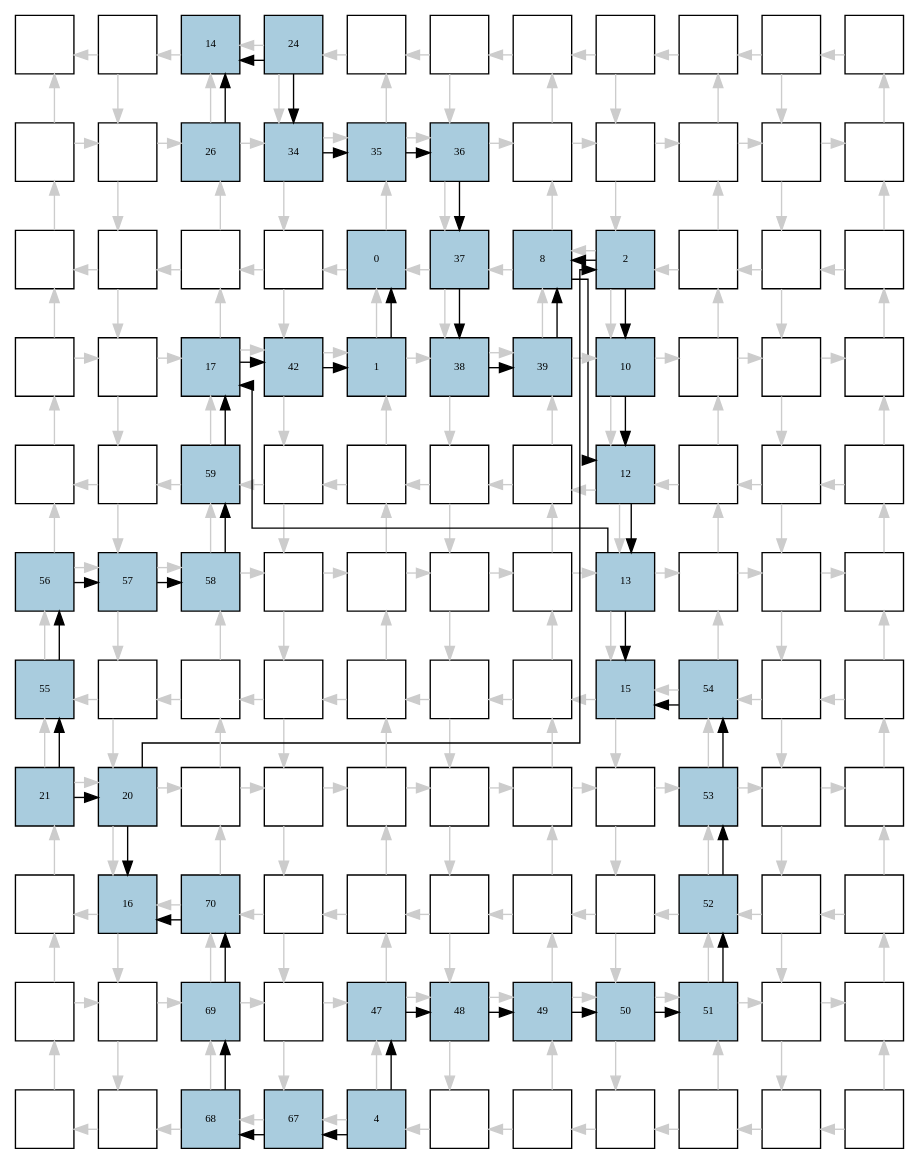
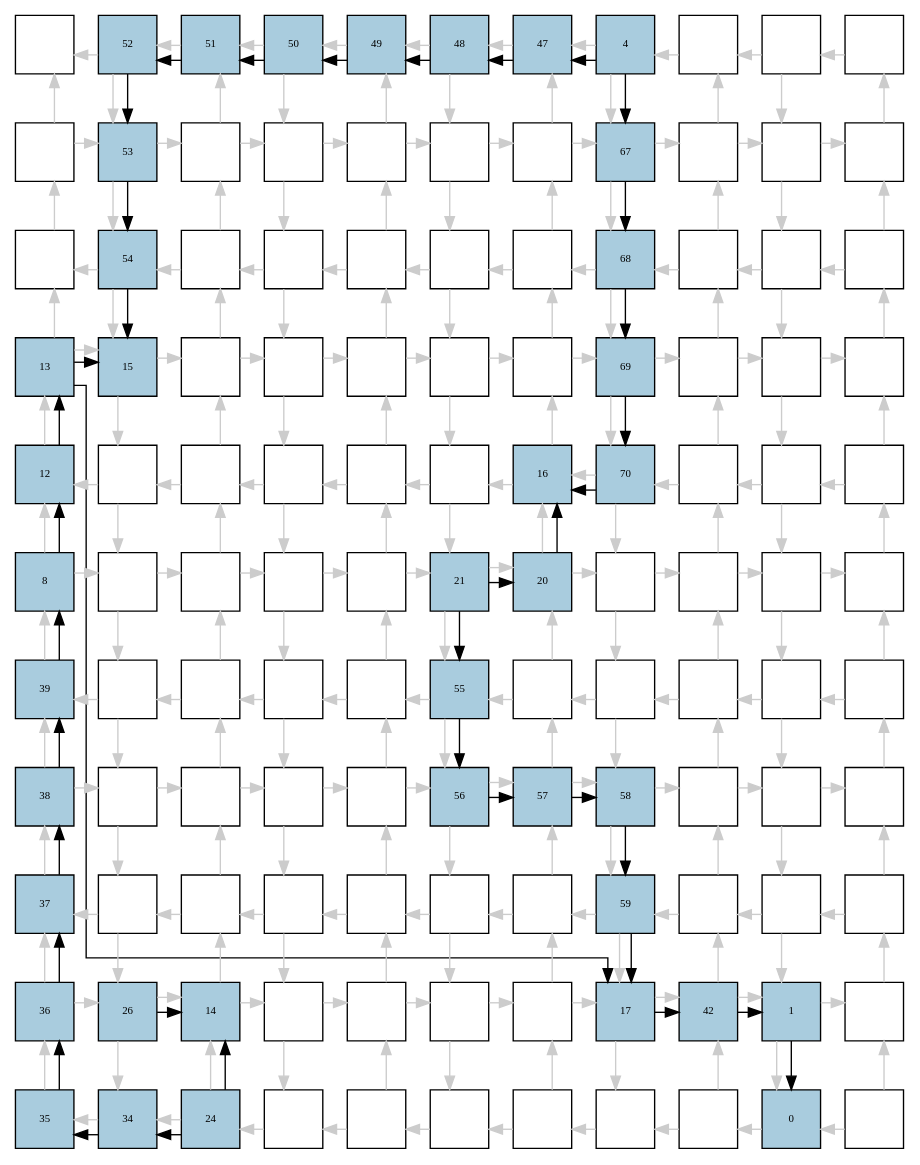
The diagram in reports/qca/yott/dot/1bitAdderMaj_inverted_0.dot (jeronimopenha/PeR), drawn with Graphviz before and after one commit. The commit also changed 558 other files, not shown here.

```diff
--- a/reports/qca/yott/dot/1bitAdderMaj_inverted_0.dot
+++ b/reports/qca/yott/dot/1bitAdderMaj_inverted_0.dot
@@ -5,125 +5,125 @@
 
 node [style=filled shape=square fixedsize=true width=0.6];
 0[label="", fontsize=8, fillcolor="#ffffff"];
-1[label="", fontsize=8, fillcolor="#ffffff"];
-2[label="14", fontsize=8, fillcolor="#a9ccde"];
-3[label="24", fontsize=8, fillcolor="#a9ccde"];
-4[label="", fontsize=8, fillcolor="#ffffff"];
-5[label="", fontsize=8, fillcolor="#ffffff"];
-6[label="", fontsize=8, fillcolor="#ffffff"];
-7[label="", fontsize=8, fillcolor="#ffffff"];
+1[label="52", fontsize=8, fillcolor="#a9ccde"];
+2[label="51", fontsize=8, fillcolor="#a9ccde"];
+3[label="50", fontsize=8, fillcolor="#a9ccde"];
+4[label="49", fontsize=8, fillcolor="#a9ccde"];
+5[label="48", fontsize=8, fillcolor="#a9ccde"];
+6[label="47", fontsize=8, fillcolor="#a9ccde"];
+7[label="4", fontsize=8, fillcolor="#a9ccde"];
 8[label="", fontsize=8, fillcolor="#ffffff"];
 9[label="", fontsize=8, fillcolor="#ffffff"];
 10[label="", fontsize=8, fillcolor="#ffffff"];
 11[label="", fontsize=8, fillcolor="#ffffff"];
-12[label="", fontsize=8, fillcolor="#ffffff"];
-13[label="26", fontsize=8, fillcolor="#a9ccde"];
-14[label="34", fontsize=8, fillcolor="#a9ccde"];
-15[label="35", fontsize=8, fillcolor="#a9ccde"];
-16[label="36", fontsize=8, fillcolor="#a9ccde"];
+12[label="53", fontsize=8, fillcolor="#a9ccde"];
+13[label="", fontsize=8, fillcolor="#ffffff"];
+14[label="", fontsize=8, fillcolor="#ffffff"];
+15[label="", fontsize=8, fillcolor="#ffffff"];
+16[label="", fontsize=8, fillcolor="#ffffff"];
 17[label="", fontsize=8, fillcolor="#ffffff"];
-18[label="", fontsize=8, fillcolor="#ffffff"];
+18[label="67", fontsize=8, fillcolor="#a9ccde"];
 19[label="", fontsize=8, fillcolor="#ffffff"];
 20[label="", fontsize=8, fillcolor="#ffffff"];
 21[label="", fontsize=8, fillcolor="#ffffff"];
 22[label="", fontsize=8, fillcolor="#ffffff"];
-23[label="", fontsize=8, fillcolor="#ffffff"];
+23[label="54", fontsize=8, fillcolor="#a9ccde"];
 24[label="", fontsize=8, fillcolor="#ffffff"];
 25[label="", fontsize=8, fillcolor="#ffffff"];
-26[label="0", fontsize=8, fillcolor="#a9ccde"];
-27[label="37", fontsize=8, fillcolor="#a9ccde"];
-28[label="8", fontsize=8, fillcolor="#a9ccde"];
-29[label="2", fontsize=8, fillcolor="#a9ccde"];
+26[label="", fontsize=8, fillcolor="#ffffff"];
+27[label="", fontsize=8, fillcolor="#ffffff"];
+28[label="", fontsize=8, fillcolor="#ffffff"];
+29[label="68", fontsize=8, fillcolor="#a9ccde"];
 30[label="", fontsize=8, fillcolor="#ffffff"];
 31[label="", fontsize=8, fillcolor="#ffffff"];
 32[label="", fontsize=8, fillcolor="#ffffff"];
-33[label="", fontsize=8, fillcolor="#ffffff"];
-34[label="", fontsize=8, fillcolor="#ffffff"];
-35[label="17", fontsize=8, fillcolor="#a9ccde"];
-36[label="42", fontsize=8, fillcolor="#a9ccde"];
-37[label="1", fontsize=8, fillcolor="#a9ccde"];
-38[label="38", fontsize=8, fillcolor="#a9ccde"];
-39[label="39", fontsize=8, fillcolor="#a9ccde"];
-40[label="10", fontsize=8, fillcolor="#a9ccde"];
+33[label="13", fontsize=8, fillcolor="#a9ccde"];
+34[label="15", fontsize=8, fillcolor="#a9ccde"];
+35[label="", fontsize=8, fillcolor="#ffffff"];
+36[label="", fontsize=8, fillcolor="#ffffff"];
+37[label="", fontsize=8, fillcolor="#ffffff"];
+38[label="", fontsize=8, fillcolor="#ffffff"];
+39[label="", fontsize=8, fillcolor="#ffffff"];
+40[label="69", fontsize=8, fillcolor="#a9ccde"];
 41[label="", fontsize=8, fillcolor="#ffffff"];
 42[label="", fontsize=8, fillcolor="#ffffff"];
 43[label="", fontsize=8, fillcolor="#ffffff"];
-44[label="", fontsize=8, fillcolor="#ffffff"];
+44[label="12", fontsize=8, fillcolor="#a9ccde"];
 45[label="", fontsize=8, fillcolor="#ffffff"];
-46[label="59", fontsize=8, fillcolor="#a9ccde"];
+46[label="", fontsize=8, fillcolor="#ffffff"];
 47[label="", fontsize=8, fillcolor="#ffffff"];
 48[label="", fontsize=8, fillcolor="#ffffff"];
 49[label="", fontsize=8, fillcolor="#ffffff"];
-50[label="", fontsize=8, fillcolor="#ffffff"];
-51[label="12", fontsize=8, fillcolor="#a9ccde"];
+50[label="16", fontsize=8, fillcolor="#a9ccde"];
+51[label="70", fontsize=8, fillcolor="#a9ccde"];
 52[label="", fontsize=8, fillcolor="#ffffff"];
 53[label="", fontsize=8, fillcolor="#ffffff"];
 54[label="", fontsize=8, fillcolor="#ffffff"];
-55[label="56", fontsize=8, fillcolor="#a9ccde"];
-56[label="57", fontsize=8, fillcolor="#a9ccde"];
-57[label="58", fontsize=8, fillcolor="#a9ccde"];
+55[label="8", fontsize=8, fillcolor="#a9ccde"];
+56[label="", fontsize=8, fillcolor="#ffffff"];
+57[label="", fontsize=8, fillcolor="#ffffff"];
 58[label="", fontsize=8, fillcolor="#ffffff"];
 59[label="", fontsize=8, fillcolor="#ffffff"];
-60[label="", fontsize=8, fillcolor="#ffffff"];
-61[label="", fontsize=8, fillcolor="#ffffff"];
-62[label="13", fontsize=8, fillcolor="#a9ccde"];
+60[label="21", fontsize=8, fillcolor="#a9ccde"];
+61[label="20", fontsize=8, fillcolor="#a9ccde"];
+62[label="", fontsize=8, fillcolor="#ffffff"];
 63[label="", fontsize=8, fillcolor="#ffffff"];
 64[label="", fontsize=8, fillcolor="#ffffff"];
 65[label="", fontsize=8, fillcolor="#ffffff"];
-66[label="55", fontsize=8, fillcolor="#a9ccde"];
+66[label="39", fontsize=8, fillcolor="#a9ccde"];
 67[label="", fontsize=8, fillcolor="#ffffff"];
 68[label="", fontsize=8, fillcolor="#ffffff"];
 69[label="", fontsize=8, fillcolor="#ffffff"];
 70[label="", fontsize=8, fillcolor="#ffffff"];
-71[label="", fontsize=8, fillcolor="#ffffff"];
+71[label="55", fontsize=8, fillcolor="#a9ccde"];
 72[label="", fontsize=8, fillcolor="#ffffff"];
-73[label="15", fontsize=8, fillcolor="#a9ccde"];
-74[label="54", fontsize=8, fillcolor="#a9ccde"];
+73[label="", fontsize=8, fillcolor="#ffffff"];
+74[label="", fontsize=8, fillcolor="#ffffff"];
 75[label="", fontsize=8, fillcolor="#ffffff"];
 76[label="", fontsize=8, fillcolor="#ffffff"];
-77[label="21", fontsize=8, fillcolor="#a9ccde"];
-78[label="20", fontsize=8, fillcolor="#a9ccde"];
+77[label="38", fontsize=8, fillcolor="#a9ccde"];
+78[label="", fontsize=8, fillcolor="#ffffff"];
 79[label="", fontsize=8, fillcolor="#ffffff"];
 80[label="", fontsize=8, fillcolor="#ffffff"];
 81[label="", fontsize=8, fillcolor="#ffffff"];
-82[label="", fontsize=8, fillcolor="#ffffff"];
-83[label="", fontsize=8, fillcolor="#ffffff"];
-84[label="", fontsize=8, fillcolor="#ffffff"];
-85[label="53", fontsize=8, fillcolor="#a9ccde"];
+82[label="56", fontsize=8, fillcolor="#a9ccde"];
+83[label="57", fontsize=8, fillcolor="#a9ccde"];
+84[label="58", fontsize=8, fillcolor="#a9ccde"];
+85[label="", fontsize=8, fillcolor="#ffffff"];
 86[label="", fontsize=8, fillcolor="#ffffff"];
 87[label="", fontsize=8, fillcolor="#ffffff"];
-88[label="", fontsize=8, fillcolor="#ffffff"];
-89[label="16", fontsize=8, fillcolor="#a9ccde"];
-90[label="70", fontsize=8, fillcolor="#a9ccde"];
+88[label="37", fontsize=8, fillcolor="#a9ccde"];
+89[label="", fontsize=8, fillcolor="#ffffff"];
+90[label="", fontsize=8, fillcolor="#ffffff"];
 91[label="", fontsize=8, fillcolor="#ffffff"];
 92[label="", fontsize=8, fillcolor="#ffffff"];
 93[label="", fontsize=8, fillcolor="#ffffff"];
 94[label="", fontsize=8, fillcolor="#ffffff"];
-95[label="", fontsize=8, fillcolor="#ffffff"];
-96[label="52", fontsize=8, fillcolor="#a9ccde"];
+95[label="59", fontsize=8, fillcolor="#a9ccde"];
+96[label="", fontsize=8, fillcolor="#ffffff"];
 97[label="", fontsize=8, fillcolor="#ffffff"];
 98[label="", fontsize=8, fillcolor="#ffffff"];
-99[label="", fontsize=8, fillcolor="#ffffff"];
-100[label="", fontsize=8, fillcolor="#ffffff"];
-101[label="69", fontsize=8, fillcolor="#a9ccde"];
+99[label="36", fontsize=8, fillcolor="#a9ccde"];
+100[label="26", fontsize=8, fillcolor="#a9ccde"];
+101[label="14", fontsize=8, fillcolor="#a9ccde"];
 102[label="", fontsize=8, fillcolor="#ffffff"];
-103[label="47", fontsize=8, fillcolor="#a9ccde"];
-104[label="48", fontsize=8, fillcolor="#a9ccde"];
-105[label="49", fontsize=8, fillcolor="#a9ccde"];
-106[label="50", fontsize=8, fillcolor="#a9ccde"];
-107[label="51", fontsize=8, fillcolor="#a9ccde"];
-108[label="", fontsize=8, fillcolor="#ffffff"];
+103[label="", fontsize=8, fillcolor="#ffffff"];
+104[label="", fontsize=8, fillcolor="#ffffff"];
+105[label="", fontsize=8, fillcolor="#ffffff"];
+106[label="17", fontsize=8, fillcolor="#a9ccde"];
+107[label="42", fontsize=8, fillcolor="#a9ccde"];
+108[label="1", fontsize=8, fillcolor="#a9ccde"];
 109[label="", fontsize=8, fillcolor="#ffffff"];
-110[label="", fontsize=8, fillcolor="#ffffff"];
-111[label="", fontsize=8, fillcolor="#ffffff"];
-112[label="68", fontsize=8, fillcolor="#a9ccde"];
-113[label="67", fontsize=8, fillcolor="#a9ccde"];
-114[label="4", fontsize=8, fillcolor="#a9ccde"];
+110[label="35", fontsize=8, fillcolor="#a9ccde"];
+111[label="34", fontsize=8, fillcolor="#a9ccde"];
+112[label="24", fontsize=8, fillcolor="#a9ccde"];
+113[label="", fontsize=8, fillcolor="#ffffff"];
+114[label="", fontsize=8, fillcolor="#ffffff"];
 115[label="", fontsize=8, fillcolor="#ffffff"];
 116[label="", fontsize=8, fillcolor="#ffffff"];
 117[label="", fontsize=8, fillcolor="#ffffff"];
 118[label="", fontsize=8, fillcolor="#ffffff"];
-119[label="", fontsize=8, fillcolor="#ffffff"];
+119[label="0", fontsize=8, fillcolor="#a9ccde"];
 120[label="", fontsize=8, fillcolor="#ffffff"];
 edge [constraint=false, style=vis];
 1 -> 0 [color="#cccccc"];
@@ -346,48 +346,44 @@
 119 -> 118 [color="#cccccc"];
 120 -> 109 [color="#cccccc"];
 120 -> 119 [color="#cccccc"];
-28 -> 51;
-40 -> 51;
-3 -> 2;
-13 -> 2;
-29 -> 40;
-29 -> 28;
-3 -> 14;
-14 -> 15;
-15 -> 16;
-16 -> 27;
-27 -> 38;
-38 -> 39;
-39 -> 28;
-77 -> 78;
-35 -> 36;
-36 -> 37;
-62 -> 73;
-114 -> 103;
-103 -> 104;
-104 -> 105;
-105 -> 106;
-106 -> 107;
-107 -> 96;
-96 -> 85;
-85 -> 74;
-74 -> 73;
-78 -> 29;
-62 -> 35;
+55 -> 44;
+112 -> 101;
+100 -> 101;
+112 -> 111;
+111 -> 110;
+110 -> 99;
+99 -> 88;
+88 -> 77;
 77 -> 66;
 66 -> 55;
-55 -> 56;
-56 -> 57;
-57 -> 46;
-46 -> 35;
-37 -> 26;
-51 -> 62;
-78 -> 89;
-114 -> 113;
-113 -> 112;
-112 -> 101;
-101 -> 90;
-90 -> 89;
+60 -> 61;
+106 -> 107;
+107 -> 108;
+33 -> 34;
+7 -> 6;
+6 -> 5;
+5 -> 4;
+4 -> 3;
+3 -> 2;
+2 -> 1;
+1 -> 12;
+12 -> 23;
+23 -> 34;
+33 -> 106;
+60 -> 71;
+71 -> 82;
+82 -> 83;
+83 -> 84;
+84 -> 95;
+95 -> 106;
+108 -> 119;
+44 -> 33;
+61 -> 50;
+7 -> 18;
+18 -> 29;
+29 -> 40;
+40 -> 51;
+51 -> 50;
 edge [constraint=true, style=invis];
 0 -> 11 -> 22 -> 33 -> 44 -> 55 -> 66 -> 77 -> 88 -> 99 -> 110;
 1 -> 12 -> 23 -> 34 -> 45 -> 56 -> 67 -> 78 -> 89 -> 100 -> 111;
```
